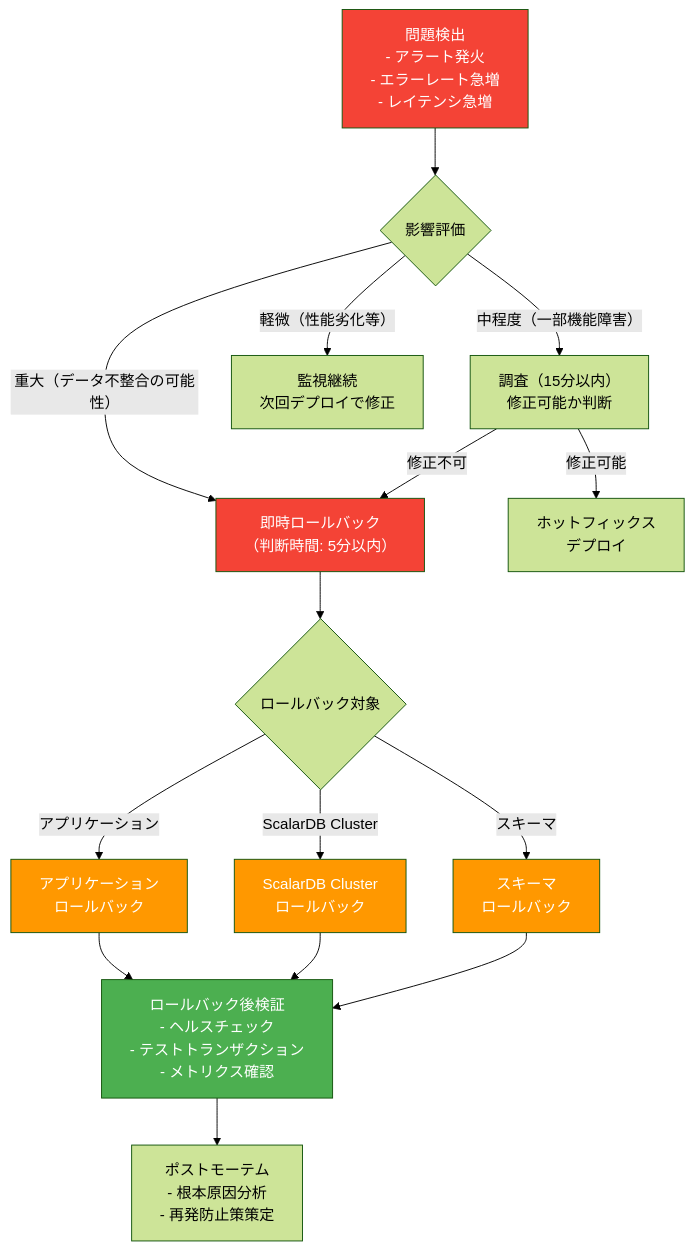
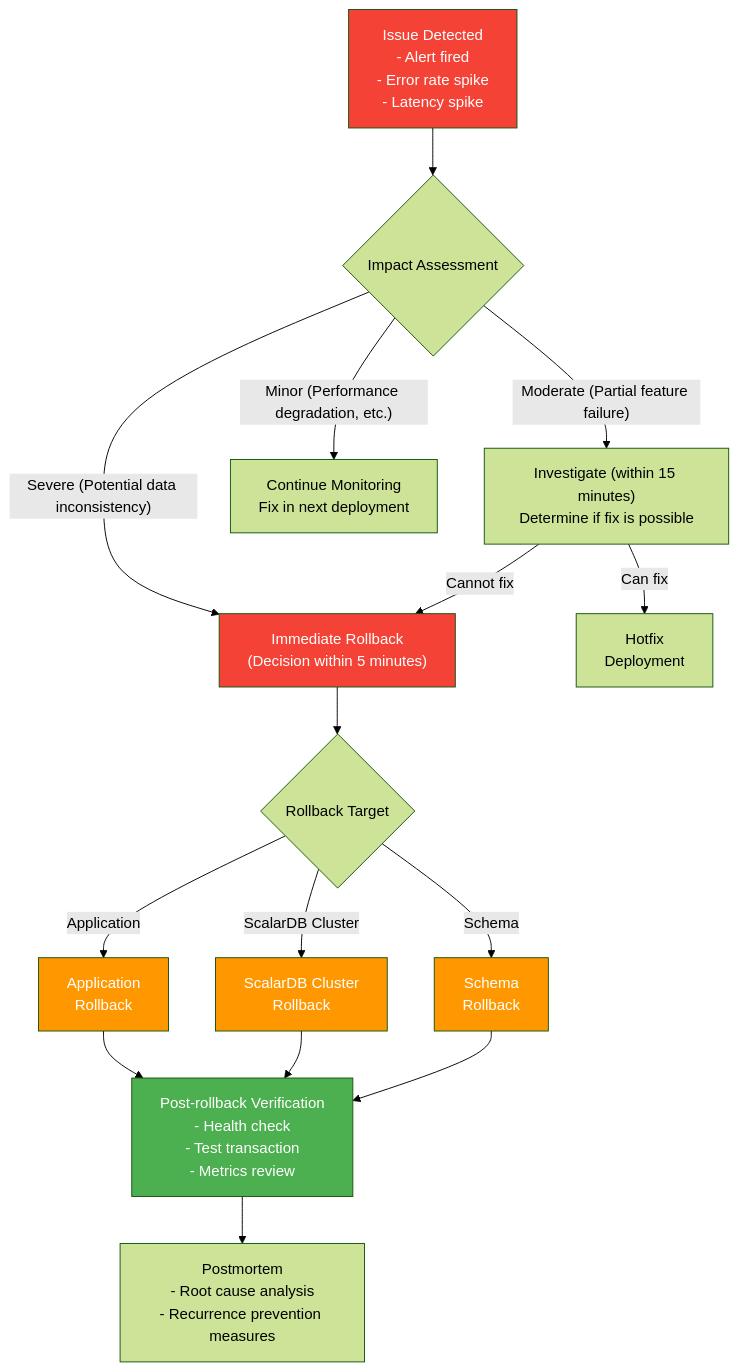
One commit to wfukatsu/nexus-architect changed the third of 4 diagrams in workflow/greenfield/13_deployment_rollout.md. Above: the diagram before and after it, drawn with Mermaid (forest theme). The commit also changed other lines of this file and 1 other file, not shown here.

````diff
--- a/workflow/greenfield/13_deployment_rollout.md
+++ b/workflow/greenfield/13_deployment_rollout.md
@@ -214,30 +214,30 @@
 ```mermaid
 flowchart TD
-    DETECT["問題検出<br/>- アラート発火<br/>- エラーレート急増<br/>- レイテンシ急増"] --> ASSESS{"影響評価"}
+    DETECT["Issue Detected<br/>- Alert fired<br/>- Error rate spike<br/>- Latency spike"] --> ASSESS{"Impact Assessment"}
 
-    ASSESS -->|"重大（データ不整合の可能性）"| IMMEDIATE["即時ロールバック<br/>（判断時間: 5分以内）"]
-    ASSESS -->|"中程度（一部機能障害）"| INVESTIGATE["調査（15分以内）<br/>修正可能か判断"]
-    ASSESS -->|"軽微（性能劣化等）"| MONITOR["監視継続<br/>次回デプロイで修正"]
+    ASSESS -->|"Severe (Potential data inconsistency)"| IMMEDIATE["Immediate Rollback<br/>(Decision within 5 minutes)"]
+    ASSESS -->|"Moderate (Partial feature failure)"| INVESTIGATE["Investigate (within 15 minutes)<br/>Determine if fix is possible"]
+    ASSESS -->|"Minor (Performance degradation, etc.)"| MONITOR["Continue Monitoring<br/>Fix in next deployment"]
 
-    INVESTIGATE -->|"修正不可"| IMMEDIATE
-    INVESTIGATE -->|"修正可能"| HOTFIX["ホットフィックス<br/>デプロイ"]
+    INVESTIGATE -->|"Cannot fix"| IMMEDIATE
+    INVESTIGATE -->|"Can fix"| HOTFIX["Hotfix<br/>Deployment"]
 
-    IMMEDIATE --> RB_TYPE{ロールバック対象}
+    IMMEDIATE --> RB_TYPE{Rollback Target}
 
-    RB_TYPE -->|"アプリケーション"| RB_APP["アプリケーション<br/>ロールバック"]
-    RB_TYPE -->|"ScalarDB Cluster"| RB_SCALARDB["ScalarDB Cluster<br/>ロールバック"]
-    RB_TYPE -->|"スキーマ"| RB_SCHEMA["スキーマ<br/>ロールバック"]
+    RB_TYPE -->|"Application"| RB_APP["Application<br/>Rollback"]
+    RB_TYPE -->|"ScalarDB Cluster"| RB_SCALARDB["ScalarDB Cluster<br/>Rollback"]
+    RB_TYPE -->|"Schema"| RB_SCHEMA["Schema<br/>Rollback"]
 
-    RB_APP --> VERIFY["ロールバック後検証<br/>- ヘルスチェック<br/>- テストトランザクション<br/>- メトリクス確認"]
+    RB_APP --> VERIFY["Post-rollback Verification<br/>- Health check<br/>- Test transaction<br/>- Metrics review"]
     RB_SCALARDB --> VERIFY
     RB_SCHEMA --> VERIFY
 
-    VERIFY --> POSTMORTEM["ポストモーテム<br/>- 根本原因分析<br/>- 再発防止策策定"]
+    VERIFY --> POSTMORTEM["Postmortem<br/>- Root cause analysis<br/>- Recurrence prevention measures"]
 
     style DETECT fill:#F44336,color:#fff
     style IMMEDIATE fill:#F44336,color:#fff
     style RB_APP fill:#FF9800,color:#fff
     style RB_SCALARDB fill:#FF9800,color:#fff
     style RB_SCHEMA fill:#FF9800,color:#fff
     style VERIFY fill:#4CAF50,color:#fff
 ```
````
